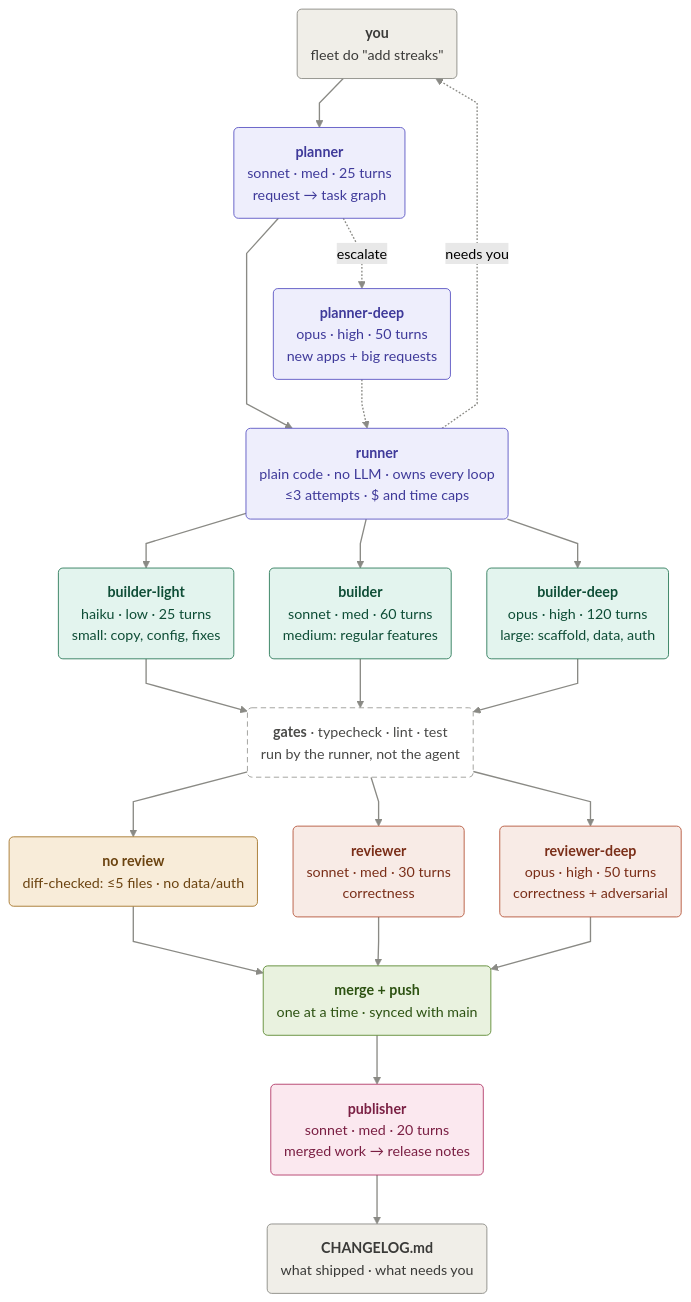
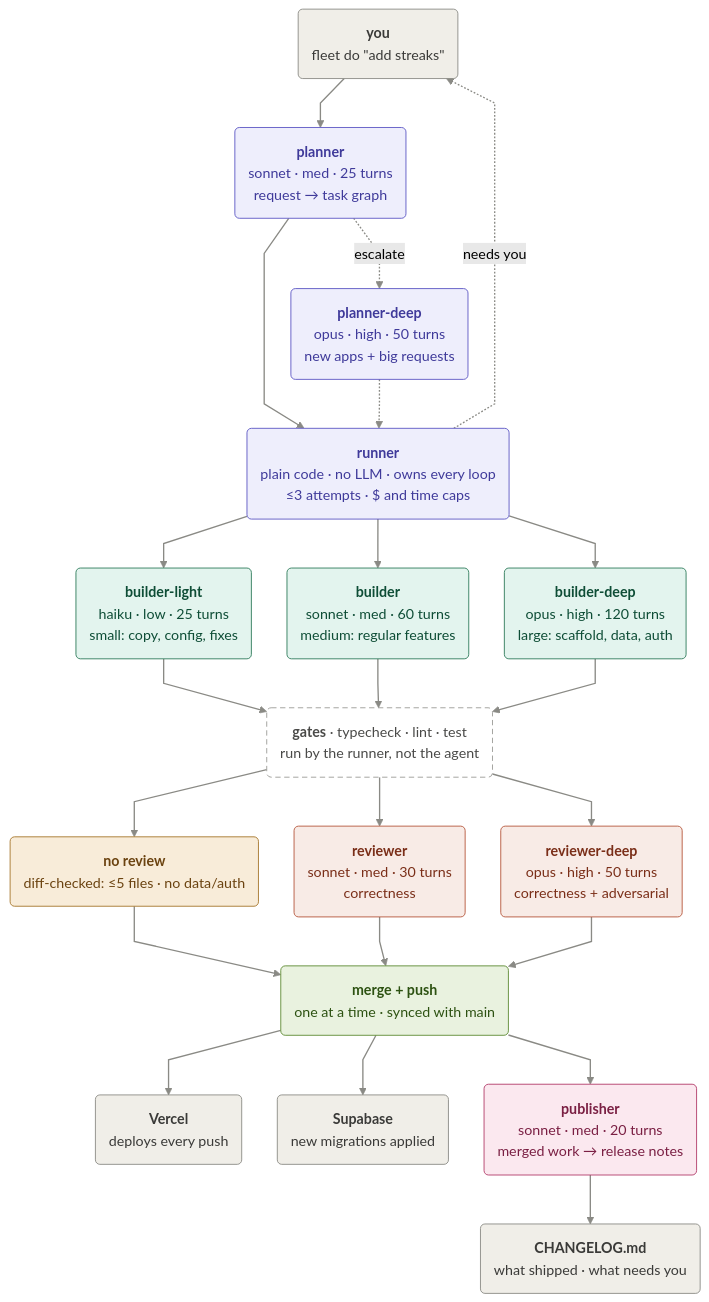
One commit to neil-mithipati/agent-fleet-kit changed the diagram in README.md. Above: the diagram before and after it, drawn with Mermaid (forest theme). The commit also changed other lines of this file, not shown here.

````diff
--- a/README.md
+++ b/README.md
@@ -21,51 +17,54 @@
 ```mermaid
 %%{init: {"flowchart": {"wrappingWidth": 420, "nodeSpacing": 40, "rankSpacing": 55, "curve": "linear"}}}%%
 flowchart TD
   human("<b>you</b><br/>fleet do #quot;add streaks#quot;")
   planner("<b>planner</b><br/>sonnet · med · 25 turns<br/>request → task graph")
   plannerDeep("<b>planner-deep</b><br/>opus · high · 50 turns<br/>new apps + big requests")
   runner("<b>runner</b><br/>plain code · no LLM · owns every loop<br/>≤3 attempts · $ and time caps")
 
   light("<b>builder-light</b><br/>haiku · low · 25 turns<br/>small: copy, config, fixes")
   builder("<b>builder</b><br/>sonnet · med · 60 turns<br/>medium: regular features")
   deep("<b>builder-deep</b><br/>opus · high · 120 turns<br/>large: scaffold, data, auth")
 
   gates("<b>gates</b> · typecheck · lint · test<br/>run by the runner, not the agent")
 
   noreview("<b>no review</b><br/>diff-checked: ≤5 files · no data/auth")
   reviewer("<b>reviewer</b><br/>sonnet · med · 30 turns<br/>correctness")
   reviewerDeep("<b>reviewer-deep</b><br/>opus · high · 50 turns<br/>correctness + adversarial")
 
   merge("<b>merge + push</b><br/>one at a time · synced with main")
+  vercel("<b>Vercel</b><br/>deploys every push")
+  supabase("<b>Supabase</b><br/>new migrations applied")
   publisher("<b>publisher</b><br/>sonnet · med · 20 turns<br/>merged work → release notes")
   changelog("<b>CHANGELOG.md</b><br/>what shipped · what needs you")
 
   human --> planner
   planner -. escalate .-> plannerDeep
   planner --> runner
   plannerDeep -.-> runner
   runner -. needs you .-> human
   runner --> light & builder & deep
   light & builder & deep --> gates
   gates --> noreview & reviewer & reviewerDeep
   noreview & reviewer & reviewerDeep --> merge
-  merge --> publisher --> changelog
+  merge --> vercel & publisher & supabase
+  publisher --> changelog
 
   classDef human fill:#f0eee8,stroke:#8a8a85,color:#3a3a38
   classDef core fill:#eeeefc,stroke:#5b55c4,color:#3f3a9a
   classDef build fill:#e3f4ee,stroke:#2c7a5a,color:#0e4d36
   classDef gate fill:#ffffff,stroke:#9a9a95,color:#4a4a48,stroke-dasharray:6 4
   classDef skip fill:#f8ecd9,stroke:#a5762a,color:#6b4310
   classDef review fill:#f8ebe6,stroke:#b5553a,color:#7a2e18
   classDef ship fill:#e9f2df,stroke:#5d8a32,color:#2d5212
   classDef pub fill:#fbe8ef,stroke:#b23a68,color:#7a1f43
-  class human,changelog human
+  class human,changelog,vercel,supabase human
   class runner,planner,plannerDeep core
   class light,builder,deep build
   class gates gate
   class noreview skip
   class reviewer,reviewerDeep review
   class merge ship
   class publisher pub
   linkStyle default stroke:#8a8a85,stroke-width:1.5px
 ```
````
